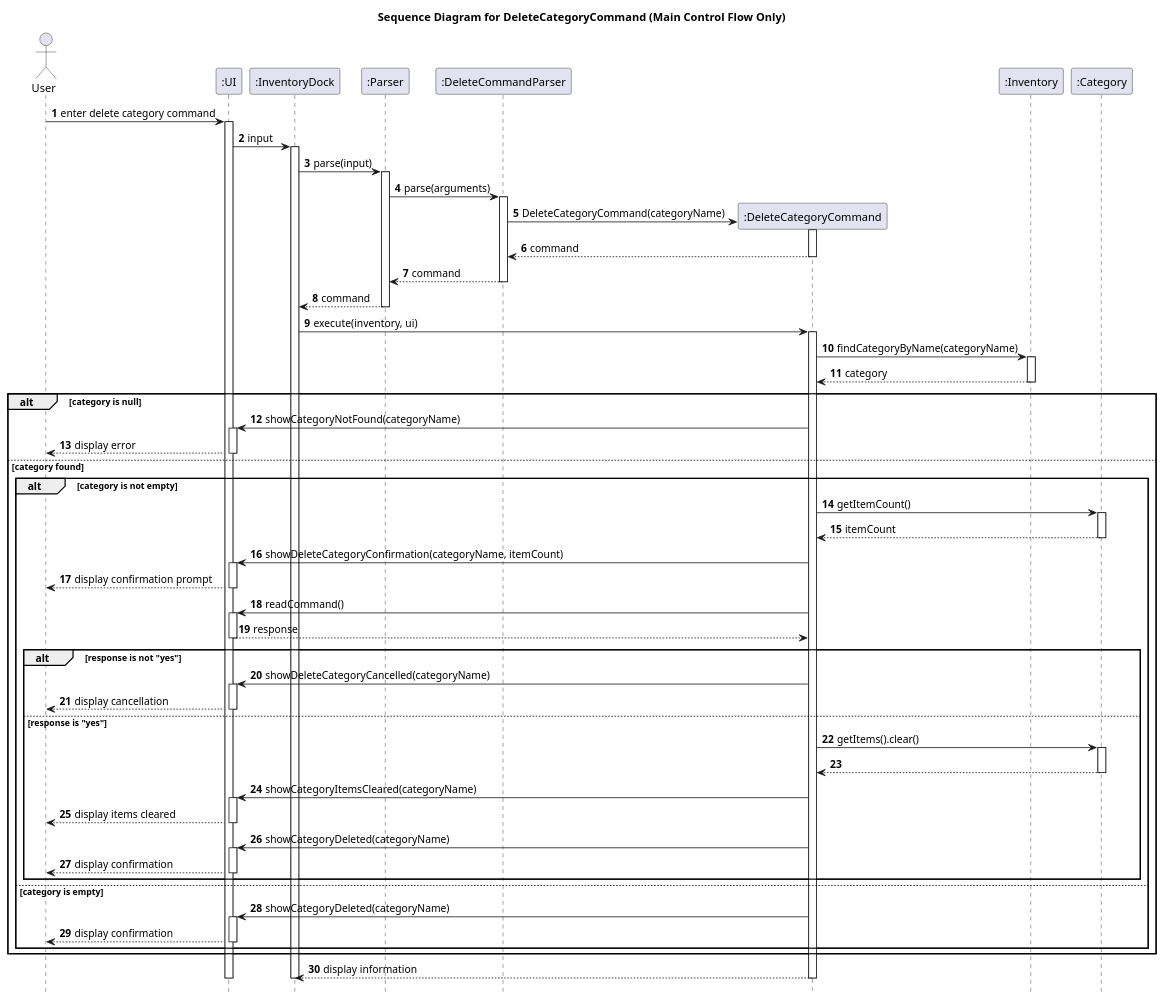
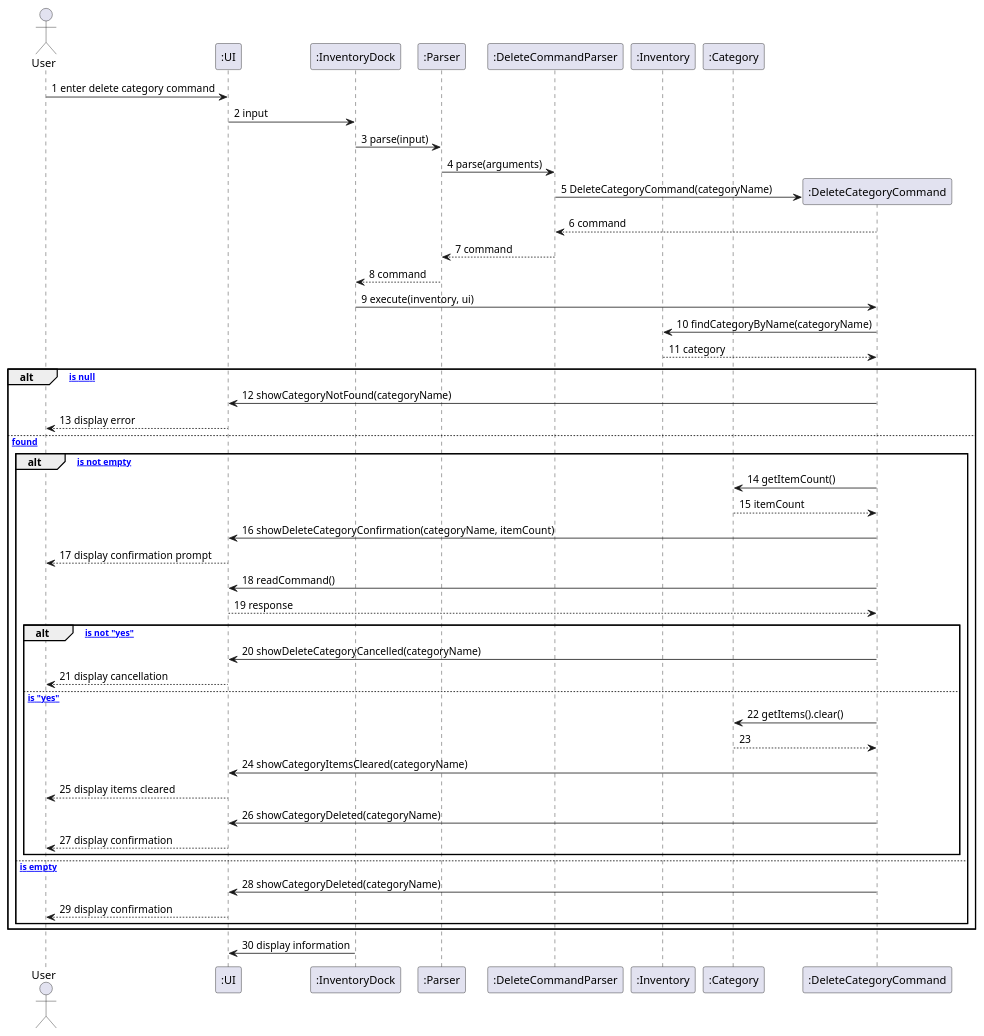
The diagram in docs/diagrams/sequence/DeleteCategoryCommandMainFlow.puml (KOIiiii07/tp), drawn with PlantUML before and after one commit. The commit also changed other lines of this file and 10 other files, not shown here.

Commit message:
- Corrected DG (Find item by keyword, DeleteItemCommandMainFlow.puml, DeleteCategoryCommandMainFlow.puml)

```diff
--- a/docs/diagrams/sequence/DeleteCategoryCommandMainFlow.puml
+++ b/docs/diagrams/sequence/DeleteCategoryCommandMainFlow.puml
@@ -1,98 +1,57 @@
-@startuml
-title Sequence Diagram for DeleteCategoryCommand (Main Control Flow Only)
-
-autonumber
-hide footbox
-
+@startuml Sequence Diagram for DeleteCategoryCommand
 actor User
 participant ":UI" as UI
 participant ":InventoryDock" as InventoryDock
 participant ":Parser" as Parser
 participant ":DeleteCommandParser" as DeleteCommandParser
-participant ":DeleteCategoryCommand" as DeleteCategoryCommand
 participant ":Inventory" as Inventory
 participant ":Category" as Category
 
-User -> UI: enter delete category command
-activate UI
-UI -> InventoryDock: input
-activate InventoryDock
-InventoryDock -> Parser: parse(input)
-activate Parser
+User -> UI : 1 enter delete category command
+UI -> InventoryDock : 2 input
+InventoryDock -> Parser : 3 parse(input)
+Parser -> DeleteCommandParser : 4 parse(arguments)
+create ":DeleteCategoryCommand" as DeleteCategoryCommand
+DeleteCommandParser -> DeleteCategoryCommand : 5 DeleteCategoryCommand(categoryName)
+DeleteCommandParser <-- DeleteCategoryCommand : 6 command
+Parser <-- DeleteCommandParser : 7 command
+InventoryDock <-- Parser : 8 command
+InventoryDock -> DeleteCategoryCommand : 9 execute(inventory, ui)
+DeleteCategoryCommand -> Inventory : 10 findCategoryByName(categoryName)
+DeleteCategoryCommand <-- Inventory : 11 category
 
-Parser -> DeleteCommandParser: parse(arguments)
-activate DeleteCommandParser
+alt [category is null]
+    DeleteCategoryCommand -> UI : 12 showCategoryNotFound(categoryName)
+    UI --> User : 13 display error
 
-create DeleteCategoryCommand
-DeleteCommandParser -> DeleteCategoryCommand: DeleteCategoryCommand(categoryName)
-activate DeleteCategoryCommand
-DeleteCategoryCommand --> DeleteCommandParser: command
-deactivate DeleteCategoryCommand
-DeleteCommandParser --> Parser: command
-deactivate DeleteCommandParser
-Parser --> InventoryDock: command
-deactivate Parser
+else [category found]
+    alt [category is not empty]
+        DeleteCategoryCommand -> Category : 14 getItemCount()
+        DeleteCategoryCommand <-- Category : 15 itemCount
+        DeleteCategoryCommand -> UI : 16 showDeleteCategoryConfirmation(categoryName, itemCount)
+        UI --> User : 17 display confirmation prompt
+        DeleteCategoryCommand -> UI : 18 readCommand()
+        DeleteCategoryCommand <-- UI : 19 response
 
-InventoryDock -> DeleteCategoryCommand: execute(inventory, ui)
-activate DeleteCategoryCommand
-DeleteCategoryCommand -> Inventory: findCategoryByName(categoryName)
-activate Inventory
-Inventory --> DeleteCategoryCommand: category
-deactivate Inventory
+        alt [response is not "yes"]
+            DeleteCategoryCommand -> UI : 20 showDeleteCategoryCancelled(categoryName)
+            UI --> User : 21 display cancellation
 
-alt category is null
-    DeleteCategoryCommand -> UI: showCategoryNotFound(categoryName)
-    activate UI
-    UI --> User: display error
-    deactivate UI
-else category found
-    alt category is not empty
-        DeleteCategoryCommand -> Category: getItemCount()
-        activate Category
-        Category --> DeleteCategoryCommand: itemCount
-        deactivate Category
+        else [response is "yes"]
+            DeleteCategoryCommand -> Category : 22 getItems().clear()
+            DeleteCategoryCommand <-- Category : 23
+            DeleteCategoryCommand -> UI : 24 showCategoryItemsCleared(categoryName)
+            UI --> User : 25 display items cleared
+            DeleteCategoryCommand -> UI : 26 showCategoryDeleted(categoryName)
+            UI --> User : 27 display confirmation
+        end
 
-        DeleteCategoryCommand -> UI: showDeleteCategoryConfirmation(categoryName, itemCount)
-        activate UI
-        UI --> User: display confirmation prompt
-        deactivate UI
-
-        DeleteCategoryCommand -> UI: readCommand()
-        activate UI
-        UI --> DeleteCategoryCommand: response
-        deactivate UI
-
-        alt response is not "yes"
-            DeleteCategoryCommand -> UI: showDeleteCategoryCancelled(categoryName)
-            activate UI
-            UI --> User: display cancellation
-            deactivate UI
-        else response is "yes"
-            DeleteCategoryCommand -> Category: getItems().clear()
-            activate Category
-            Category --> DeleteCategoryCommand
-            deactivate Category
-
-            DeleteCategoryCommand -> UI: showCategoryItemsCleared(categoryName)
-            activate UI
-            UI --> User: display items cleared
-            deactivate UI
-
-            DeleteCategoryCommand -> UI: showCategoryDeleted(categoryName)
-            activate UI
-            UI --> User: display confirmation
-            deactivate UI
-        end
-    else category is empty
-        DeleteCategoryCommand -> UI: showCategoryDeleted(categoryName)
-        activate UI
-        UI --> User: display confirmation
-        deactivate UI
+    else [category is empty]
+        DeleteCategoryCommand -> UI : 28 showCategoryDeleted(categoryName)
+        UI --> User : 29 display confirmation
     end
 end
 
-DeleteCategoryCommand --> InventoryDock: display information
-deactivate DeleteCategoryCommand
-deactivate InventoryDock
-deactivate UI
+InventoryDock -> UI : 30 display information
+
 @enduml
```
